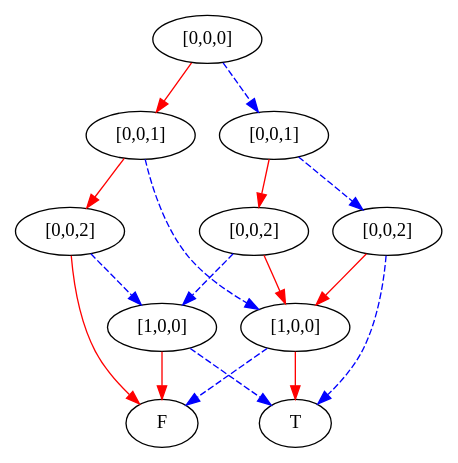
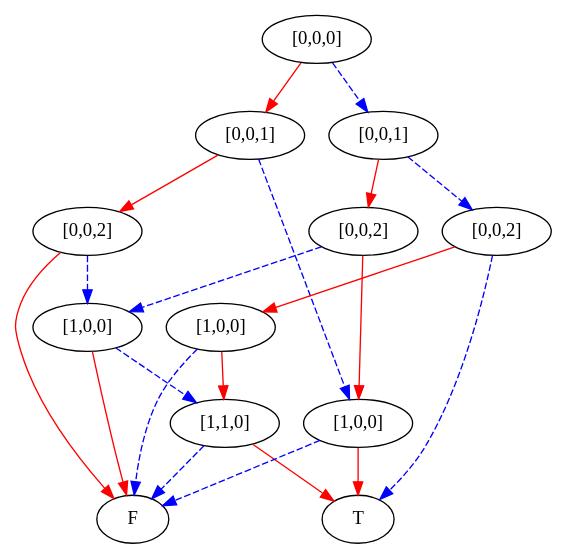
The diagram in simpleProgram3states.dot (mburyakov/minxmod), drawn with Graphviz before and after one commit. The commit also changed 5 other files, not shown here.

```diff
--- a/simpleProgram3states.dot
+++ b/simpleProgram3states.dot
@@ -1,36 +1,44 @@
 digraph {
     1 [label=F];
     2 [label=T];
-    3 [label="[1,0,0]"];
-    4 [label="[0,0,2]"];
-    5 [label="[1,0,0]"];
-    6 [label="[0,0,1]"];
-    7 [label="[0,0,2]"];
+    3 [label="[1,1,0]"];
+    4 [label="[1,0,0]"];
+    5 [label="[0,0,2]"];
+    6 [label="[1,0,0]"];
+    7 [label="[0,0,1]"];
     8 [label="[0,0,2]"];
-    9 [label="[0,0,1]"];
-    10 [label="[0,0,0]"];
-    3 -> 2 [style=dashed
+    9 [label="[1,0,0]"];
+    10 [label="[0,0,2]"];
+    11 [label="[0,0,1]"];
+    12 [label="[0,0,0]"];
+    3 -> 1 [style=dashed
            ,color=blue];
-    3 -> 1 [color=red];
+    3 -> 2 [color=red];
     4 -> 3 [style=dashed
            ,color=blue];
     4 -> 1 [color=red];
-    5 -> 1 [style=dashed
+    5 -> 4 [style=dashed
            ,color=blue];
-    5 -> 2 [color=red];
-    6 -> 4 [color=red];
-    6 -> 5 [style=dashed
+    5 -> 1 [color=red];
+    6 -> 1 [style=dashed
            ,color=blue];
-    7 -> 3 [style=dashed
+    6 -> 2 [color=red];
+    7 -> 5 [color=red];
+    7 -> 6 [style=dashed
            ,color=blue];
-    7 -> 5 [color=red];
-    8 -> 5 [color=red];
-    8 -> 2 [style=dashed
+    8 -> 4 [style=dashed
            ,color=blue];
-    9 -> 7 [color=red];
-    9 -> 8 [style=dashed
+    8 -> 6 [color=red];
+    9 -> 3 [color=red];
+    9 -> 1 [style=dashed
            ,color=blue];
-    10 -> 6 [color=red];
-    10 -> 9 [style=dashed
+    10 -> 9 [color=red];
+    10 -> 2 [style=dashed
             ,color=blue];
+    11 -> 8 [color=red];
+    11 -> 10 [style=dashed
+             ,color=blue];
+    12 -> 7 [color=red];
+    12 -> 11 [style=dashed
+             ,color=blue];
 }
```
